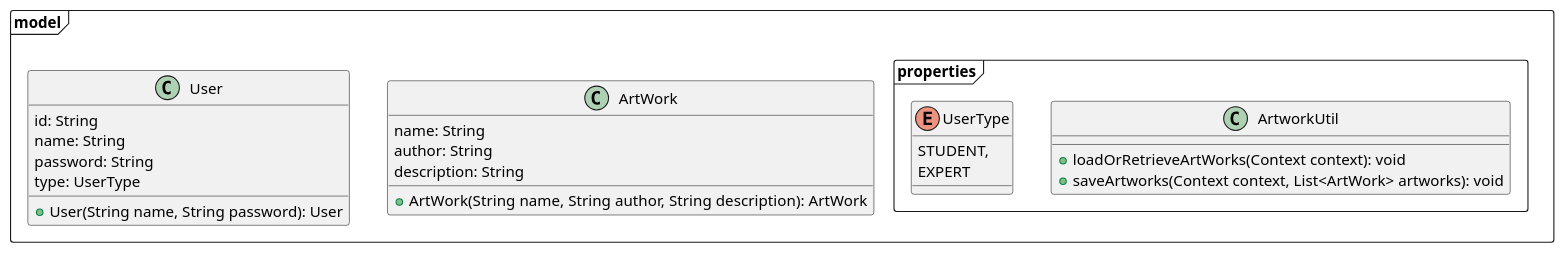
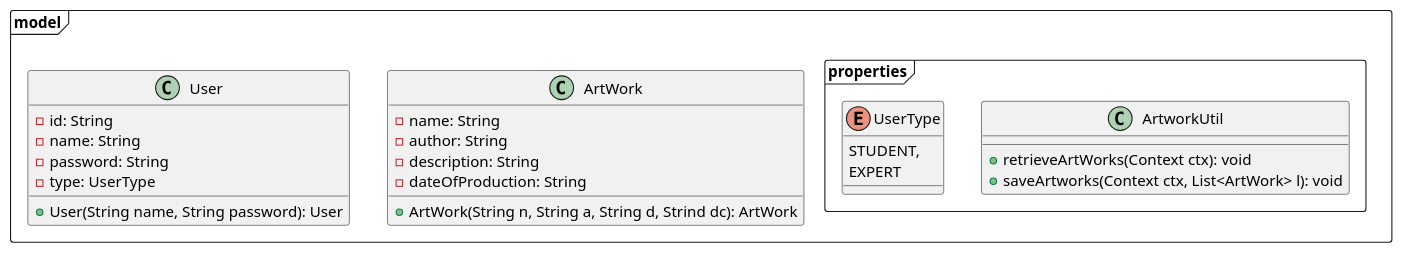
The second of 3 diagrams in documentation/doc/diagrams/class_diagram.plantuml (luftmensch-luftmensch/InfoPoint), drawn with PlantUML before and after one commit. The commit also changed other lines of this file and 7 other files, not shown here.

```diff
--- a/documentation/doc/diagrams/class_diagram.plantuml
+++ b/documentation/doc/diagrams/class_diagram.plantuml
@@ -100,35 +105,36 @@
 @startuml models
 ' -----------------------------------------------------
 skinparam defaultTextAlignment center
 ' -----------------------------------------------------
 frame model {
   '' top to bottom direction
   class ArtWork {
-	name: String
-	author: String
-	description: String
-	+ ArtWork(String name, String author, String description): ArtWork
+	- {field} name: String
+	- {field} author: String
+	- {field} description: String
+	- {field} dateOfProduction: String
+	+ {method} ArtWork(String n, String a, String d, Strind dc): ArtWork
   }
 
   class User {
-	id: String
-	name: String
-	password: String
-	type: UserType
-	+ User(String name, String password): User
+	- {field} id: String
+	- {field} name: String
+	- {field} password: String
+	- {field} type: UserType
+	+ {method} User(String name, String password): User
   }
 
   frame properties {
 	   class ArtworkUtil {
-		  + loadOrRetrieveArtWorks(Context context): void
-		  + saveArtworks(Context context, List<ArtWork> artworks): void
+		  + {method} retrieveArtWorks(Context ctx): void
+		  + {method} saveArtworks(Context ctx, List<ArtWork> l): void
 
 	   }
 
 	   enum UserType {
 		  STUDENT,
 		  EXPERT
 	   }
   }
 }
 @enduml
```
